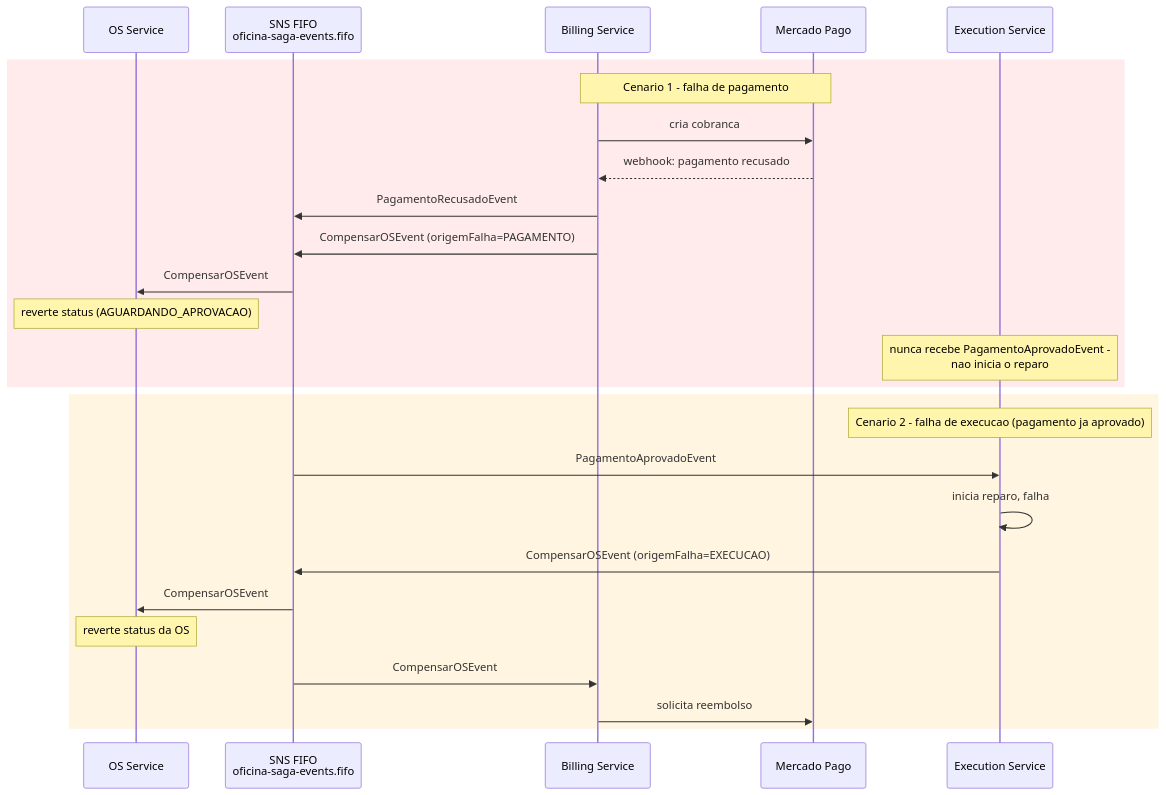
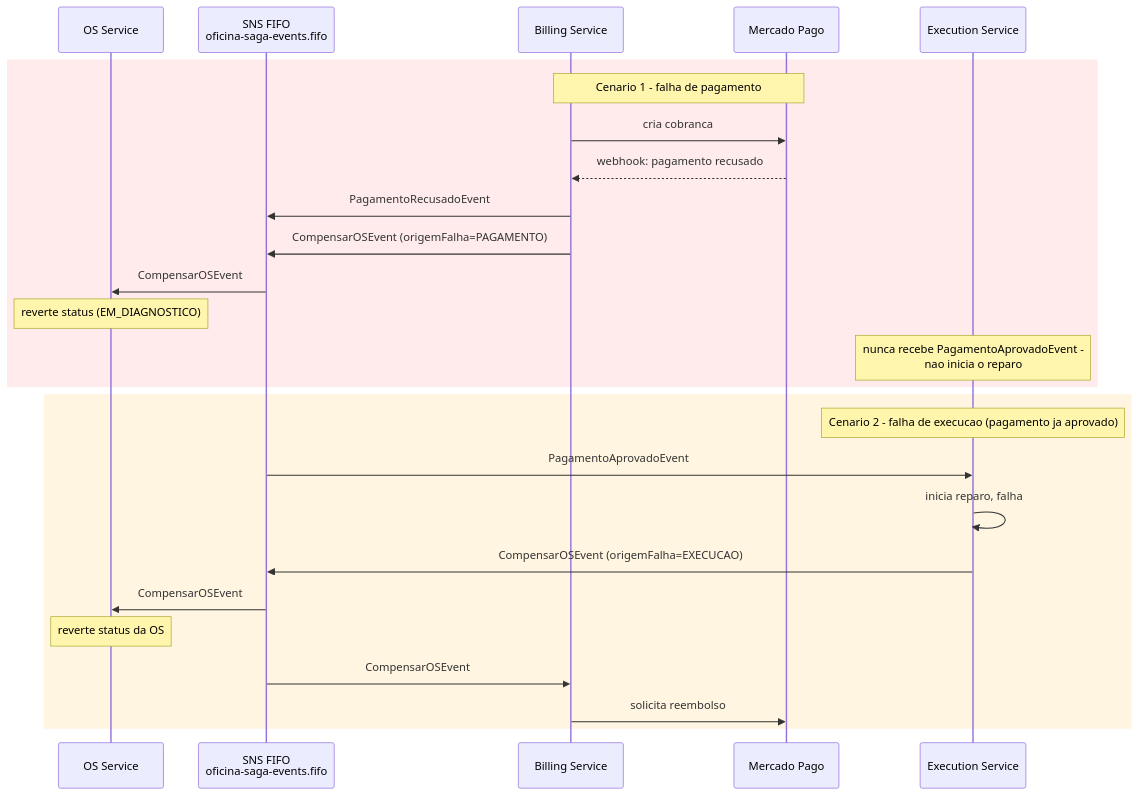
Before and after one commit to marcosrenansilvafaria-afk/oficina-app: the diagram in docs/diagram/fase4-saga-compensacao.mmd, drawn with Mermaid. The commit also changed 10 other files, not shown here.

```diff
--- a/docs/diagram/fase4-saga-compensacao.mmd
+++ b/docs/diagram/fase4-saga-compensacao.mmd
@@ -1,28 +1,28 @@
 sequenceDiagram
     participant OS as OS Service
     participant Topic as SNS FIFO<br/>oficina-saga-events.fifo
     participant Billing as Billing Service
     participant MP as Mercado Pago
     participant Execution as Execution Service
 
     rect rgb(255, 235, 235)
     Note over Billing,MP: Cenario 1 - falha de pagamento
     Billing->>MP: cria cobranca
     MP-->>Billing: webhook: pagamento recusado
     Billing->>Topic: PagamentoRecusadoEvent
     Billing->>Topic: CompensarOSEvent (origemFalha=PAGAMENTO)
     Topic->>OS: CompensarOSEvent
-    Note over OS: reverte status (AGUARDANDO_APROVACAO)
+    Note over OS: reverte status (EM_DIAGNOSTICO)
     Note over Execution: nunca recebe PagamentoAprovadoEvent -<br/>nao inicia o reparo
     end
 
     rect rgb(255, 245, 225)
     Note over Execution: Cenario 2 - falha de execucao (pagamento ja aprovado)
     Topic->>Execution: PagamentoAprovadoEvent
     Execution->>Execution: inicia reparo, falha
     Execution->>Topic: CompensarOSEvent (origemFalha=EXECUCAO)
     Topic->>OS: CompensarOSEvent
     Note over OS: reverte status da OS
     Topic->>Billing: CompensarOSEvent
     Billing->>MP: solicita reembolso
     end
```
